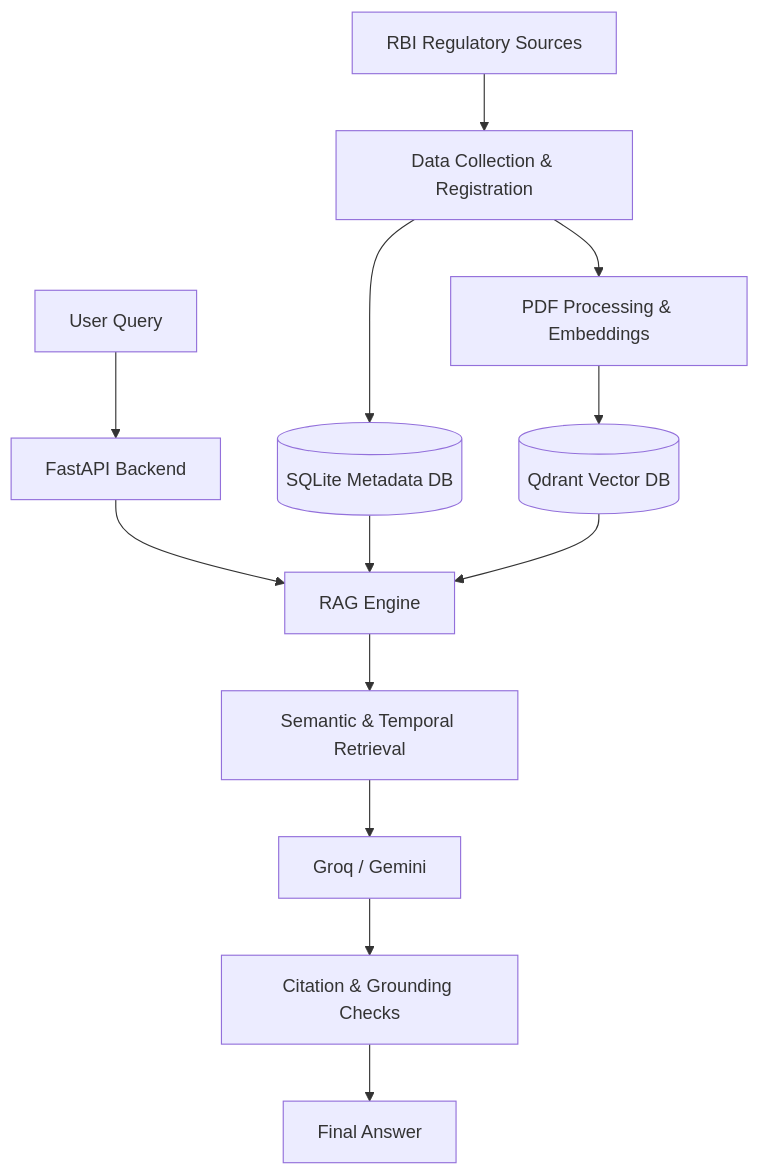
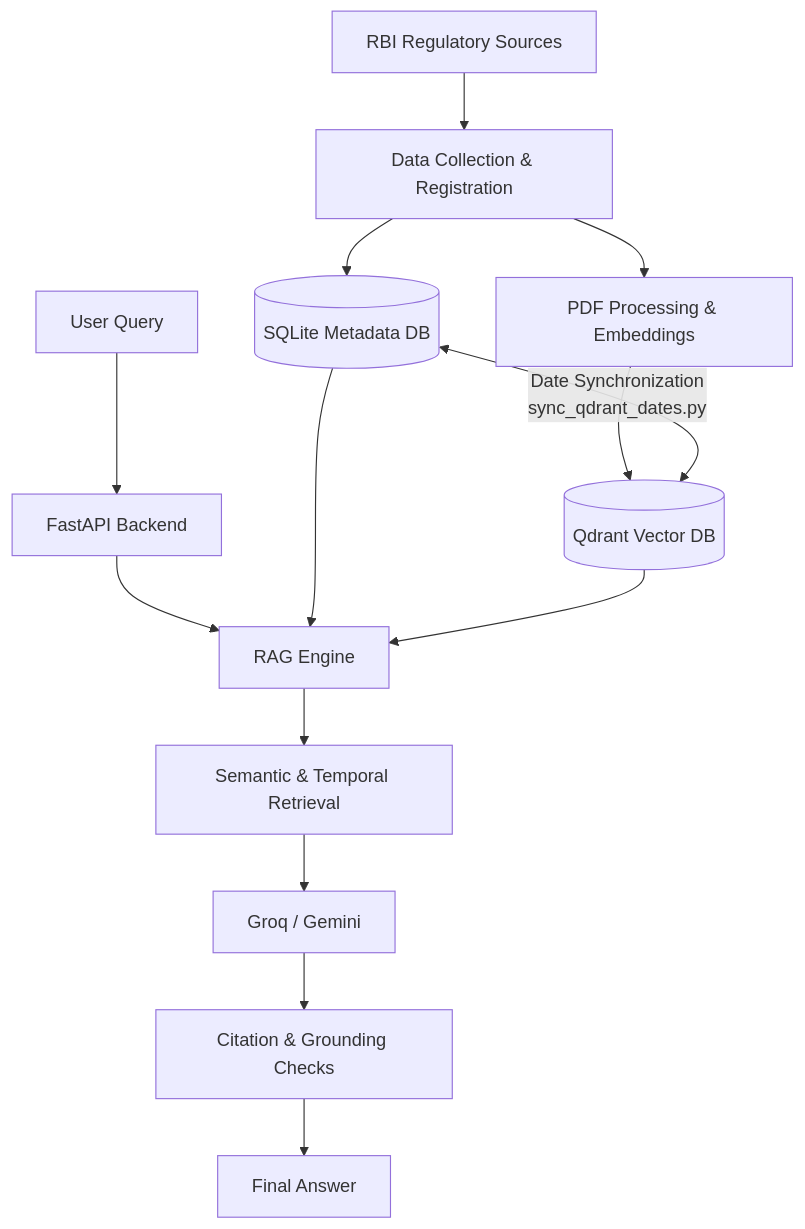
The diagram in README.md (Atharv19905/regulatory-intelligence-rag), drawn with Mermaid before and after one commit. The commit also changed other lines of this file, not shown here.

````diff
--- a/README.md
+++ b/README.md
@@ -121,20 +121,22 @@
 ```mermaid
 flowchart TD
     A["RBI Regulatory Sources"]
     B["Data Collection & Registration"]
     C[("SQLite Metadata DB")]
     D["PDF Processing & Embeddings"]
     E[("Qdrant Vector DB")]
+
+    A --> B --> C
+    B --> D --> E
+
+    C <-->|"Date Synchronization<br/>sync_qdrant_dates.py"| E
 
     F["User Query"] --> G["FastAPI Backend"]
     G --> H["RAG Engine"]
     C --> H
     E --> H
     H --> I["Semantic & Temporal Retrieval"]
     I --> J["Groq / Gemini"]
     J --> K["Citation & Grounding Checks"]
     K --> L["Final Answer"]
-
-    A --> B --> C
-    B --> D --> E
 ```
````
